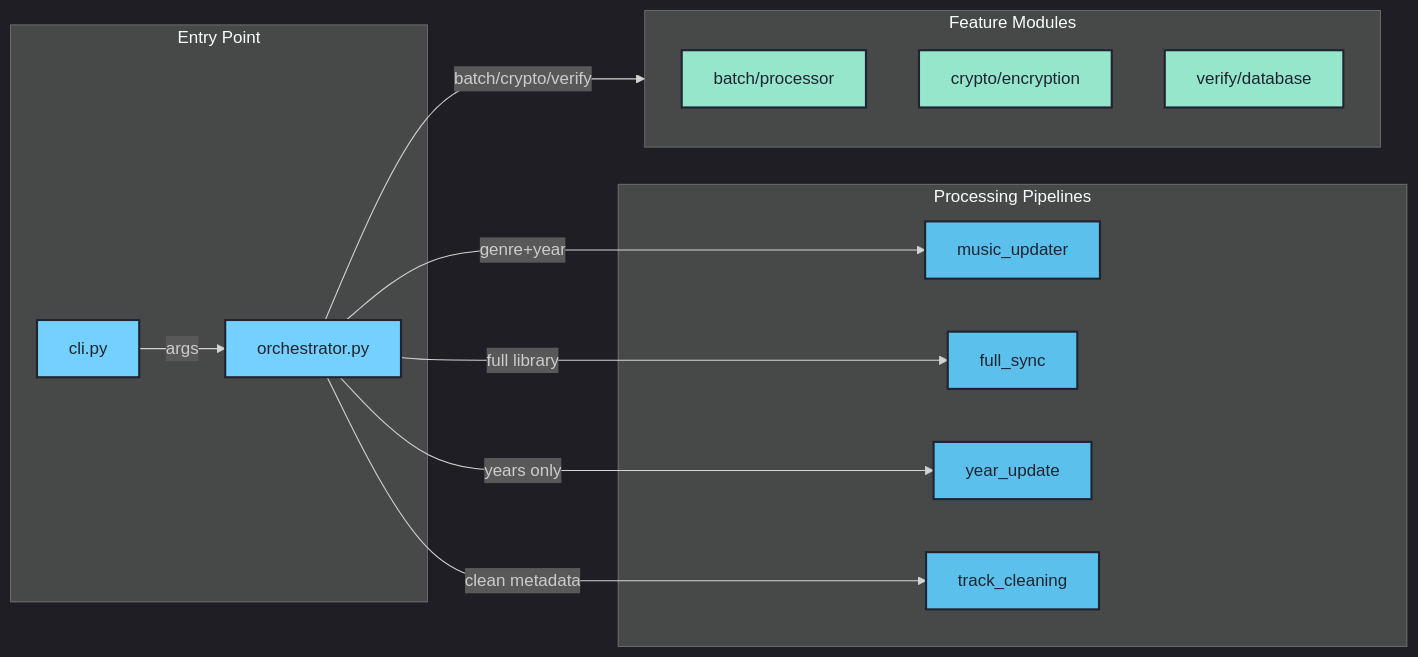
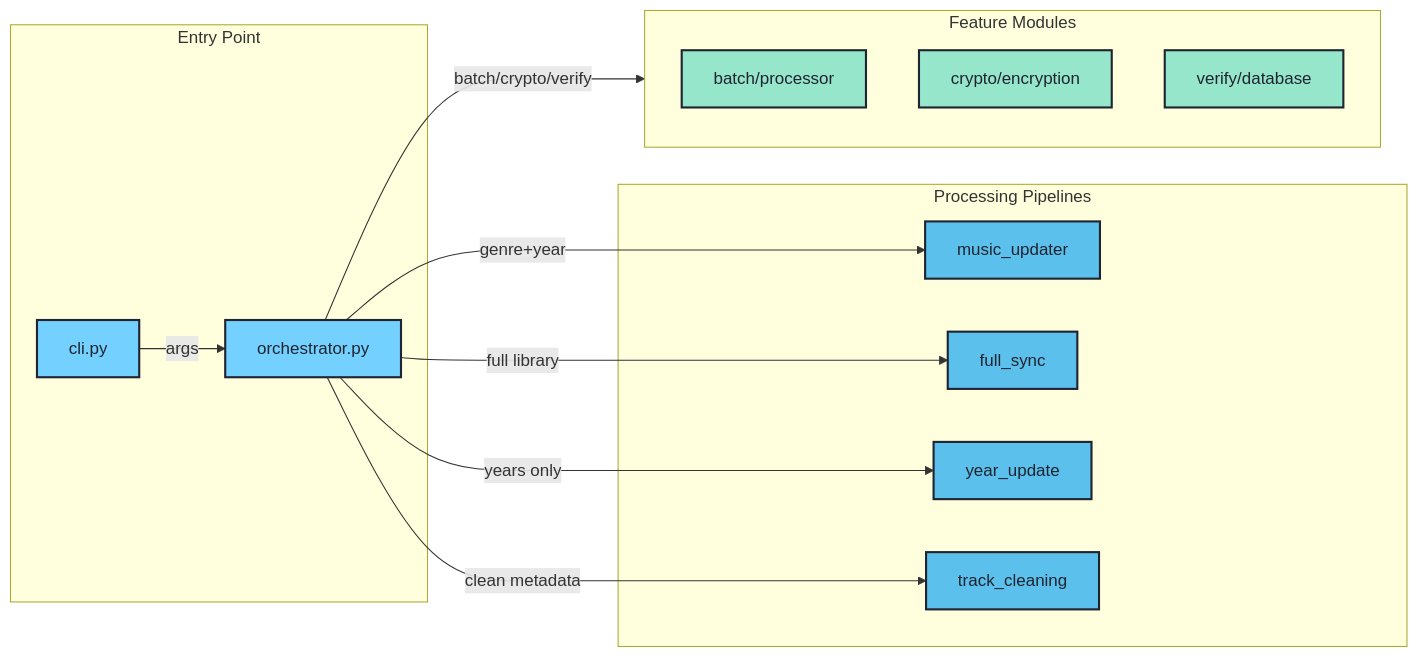
The fifth of 8 diagrams in README.md (barad1tos/GenreUpdater), drawn with Mermaid before and after one commit. The commit also changed other lines of this file and 12 other files, not shown here.

First line of the commit message:
refactor(docs): simplify mermaid diagrams with collapsible spoilers

````diff
--- a/README.md
+++ b/README.md
@@ -504,34 +473,33 @@
 ```mermaid
-%%{init: {'theme': 'dark', 'themeVariables': {'background': '#262c3b', 'primaryColor': '#5CCFE6', 'primaryTextColor': '#CCCAC2'}}}%%
 graph LR
     subgraph Entry["Entry Point"]
         CLI[cli.py]
         Orch[orchestrator.py]
     end
 
     subgraph Pipelines["Processing Pipelines"]
         MU[music_updater]
         FS[full_sync]
         YU[year_update]
         TC[track_cleaning]
     end
 
     subgraph Features["Feature Modules"]
         Batch[batch/processor]
         Crypto[crypto/encryption]
         Verify[verify/database]
     end
 
     CLI -->|args| Orch
     Orch -->|genre+year| MU
     Orch -->|full library| FS
     Orch -->|years only| YU
     Orch -->|clean metadata| TC
     Orch -->|batch/crypto/verify| Features
     classDef entry fill:#73D0FF, stroke:#1F2430, stroke-width:2px, color:#1F2430
     classDef pipeline fill:#5BC0EB, stroke:#1F2430, stroke-width:2px, color:#1F2430
     classDef feature fill:#95E6CB, stroke:#1F2430, stroke-width:2px, color:#1F2430
     class CLI,Orch entry
     class MU,FS,YU,TC pipeline
     class Batch,Crypto,Verify feature
 ```
````
